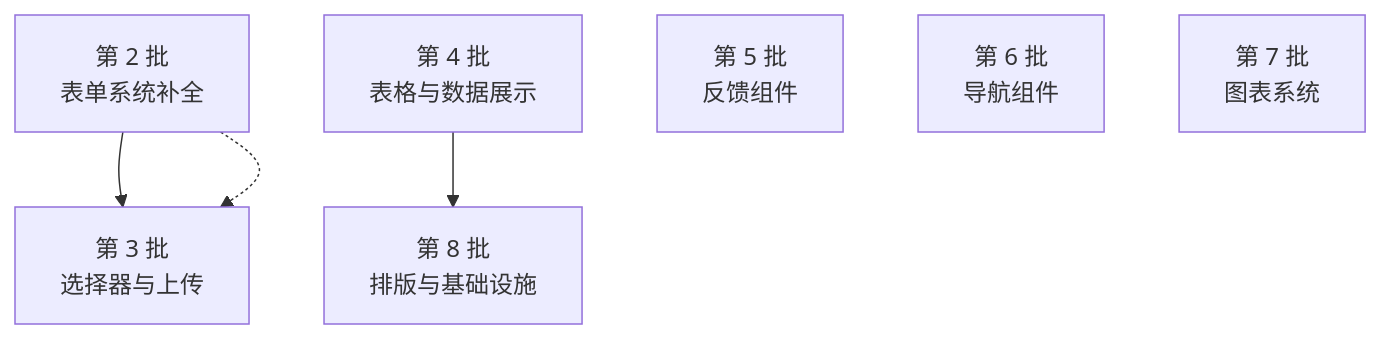
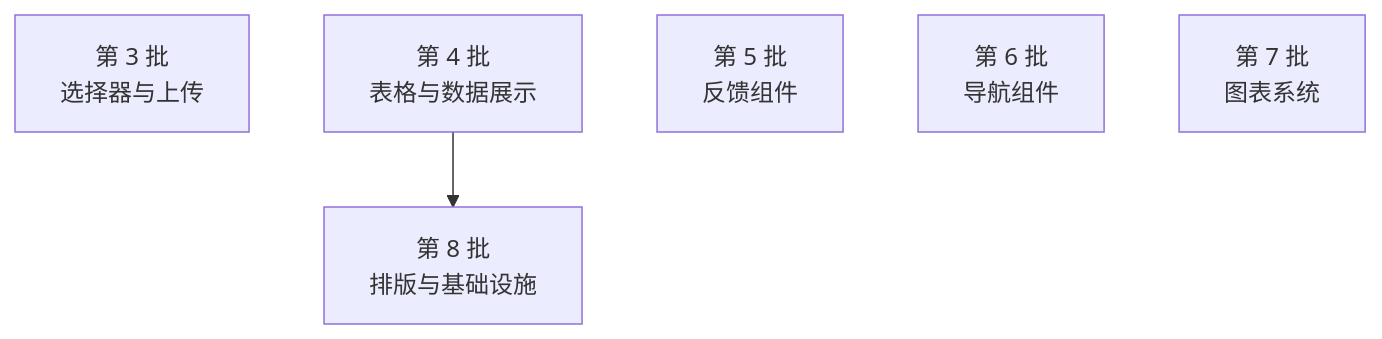
The diagram in docs/进度.md (yang86953/uix-app), drawn with Mermaid before and after one commit. The commit also changed other lines of this file and 18 other files, not shown here.

````diff
--- a/docs/进度.md
+++ b/docs/进度.md
@@ -222,21 +211,17 @@
 ```mermaid
 graph TD
-    B2["第 2 批
-表单系统补全"]
     B3["第 3 批
 选择器与上传"]
     B4["第 4 批
 表格与数据展示"]
     B5["第 5 批
 反馈组件"]
     B6["第 6 批
 导航组件"]
     B7["第 7 批
 图表系统"]
     B8["第 8 批
 排版与基础设施"]
 
-    B2 --> B3
     B4 --> B8
-    B2 -.-> B3
 ```
````
